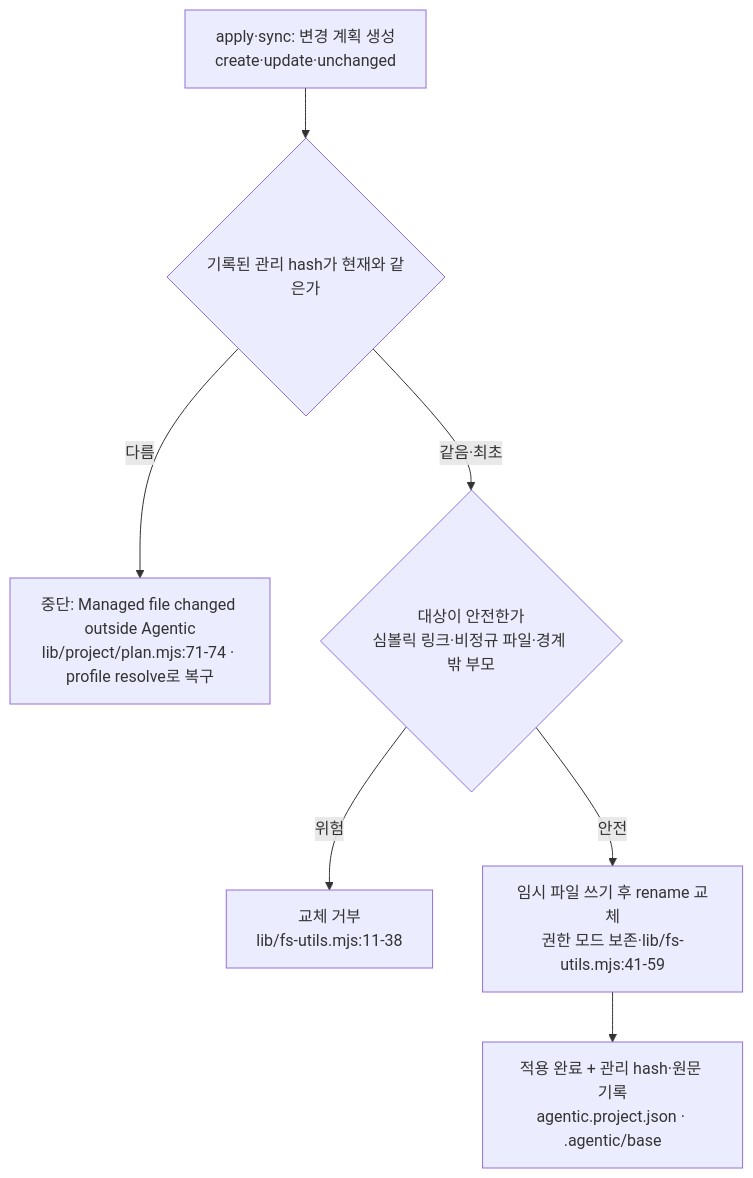
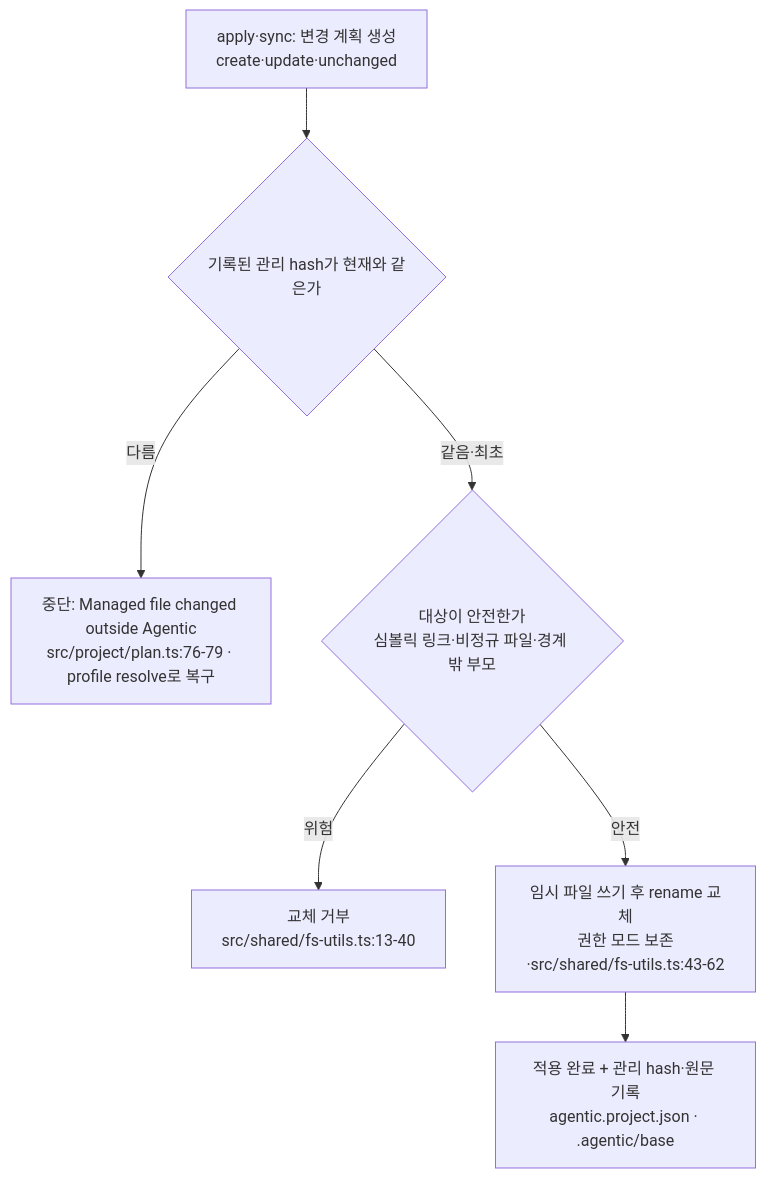
The fourth of 6 diagrams in docs/implementation-principles.md (IsthisLee/agent-context-manager), drawn with Mermaid before and after one commit. The commit also changed other lines of this file and 102 other files, not shown here.

````diff
--- a/docs/implementation-principles.md
+++ b/docs/implementation-principles.md
@@ -405,9 +419,9 @@
 ```mermaid
 flowchart TD
   P["apply·sync: 변경 계획 생성<br/>create·update·unchanged"] --> H{"기록된 관리 hash가 현재와 같은가"}
-  H -->|"다름"| STOP["중단: Managed file changed outside Agentic<br/>lib/project/plan.mjs:71-74 · profile resolve로 복구"]
+  H -->|"다름"| STOP["중단: Managed file changed outside Agentic<br/>src/project/plan.ts:76-79 · profile resolve로 복구"]
   H -->|"같음·최초"| SAFE{"대상이 안전한가<br/>심볼릭 링크·비정규 파일·경계 밖 부모"}
-  SAFE -->|"위험"| REFUSE["교체 거부<br/>lib/fs-utils.mjs:11-38"]
-  SAFE -->|"안전"| ATOM["임시 파일 쓰기 후 rename 교체<br/>권한 모드 보존·lib/fs-utils.mjs:41-59"]
+  SAFE -->|"위험"| REFUSE["교체 거부<br/>src/shared/fs-utils.ts:13-40"]
+  SAFE -->|"안전"| ATOM["임시 파일 쓰기 후 rename 교체<br/>권한 모드 보존·src/shared/fs-utils.ts:43-62"]
   ATOM --> DONE["적용 완료 + 관리 hash·원문 기록<br/>agentic.project.json · .agentic/base"]
 ```
````
